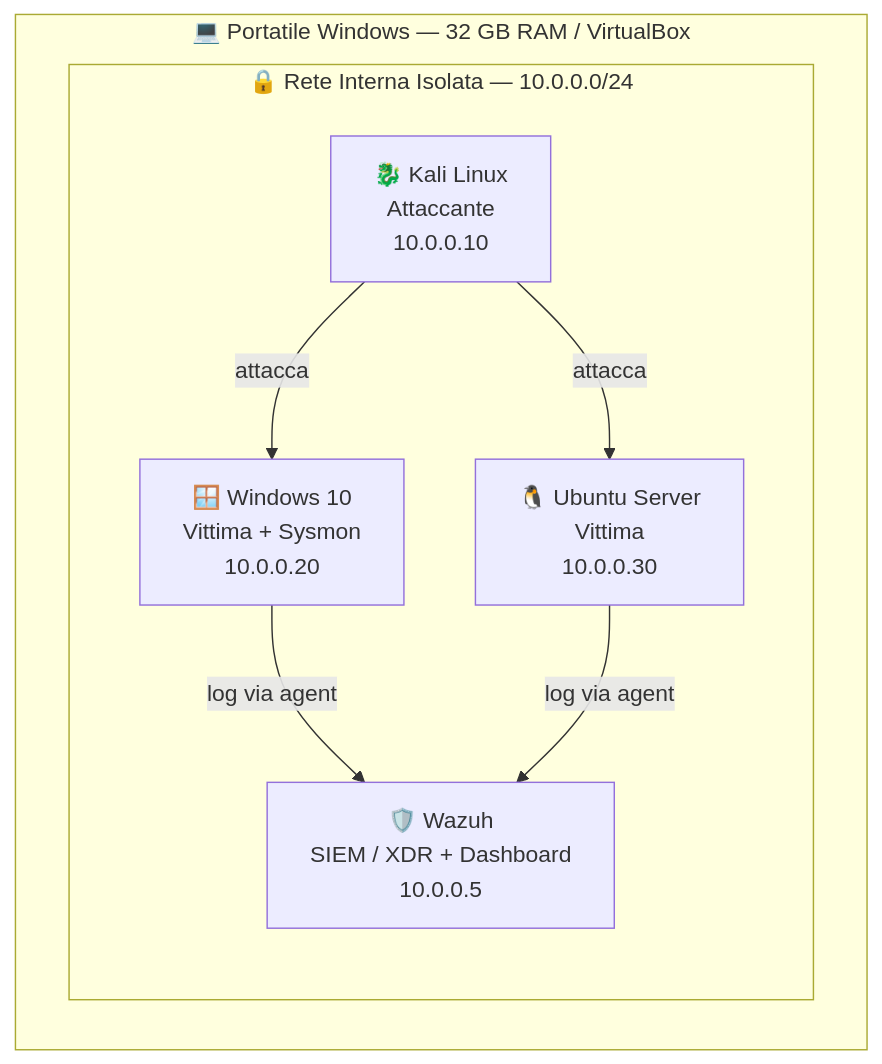
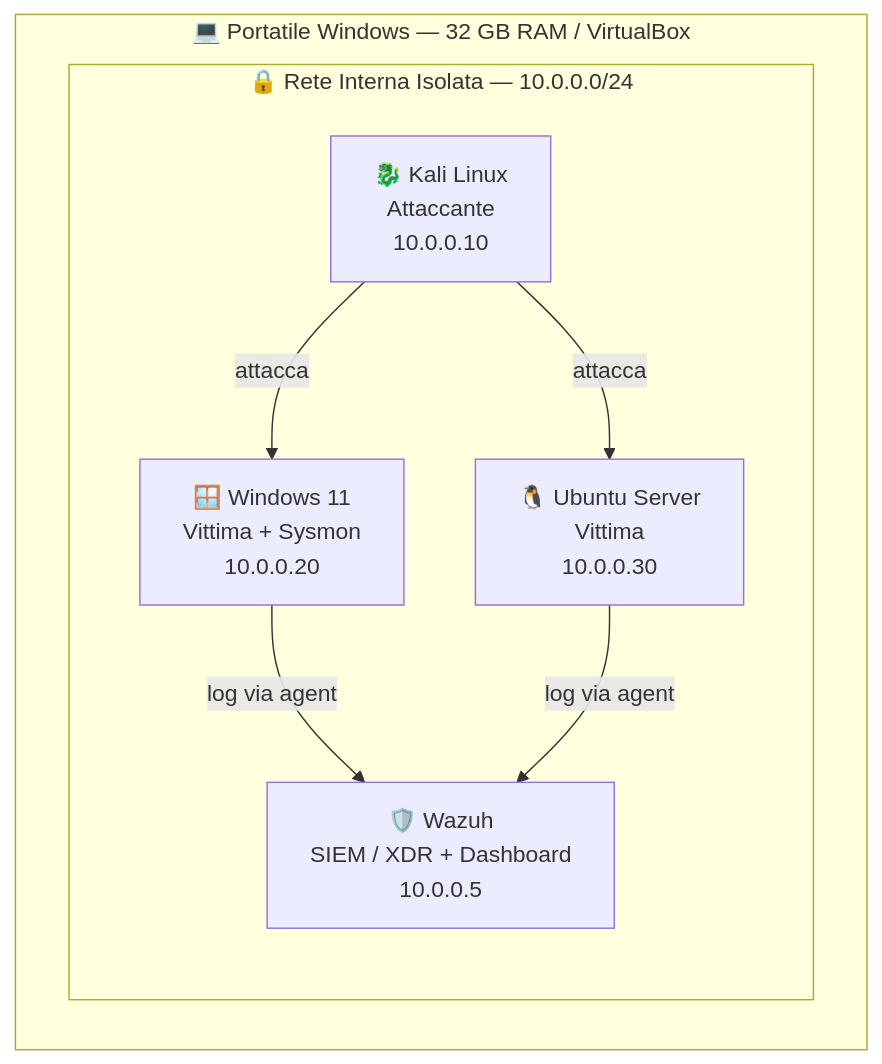
Before and after one commit to AlessioVisconti/Home-SOC-Lab: the second of 2 diagrams in README.md, drawn with Mermaid. The commit also changed other lines of this file, not shown here.

Commit message:
Windows 10 > Windows 11

````diff
--- a/README.md
+++ b/README.md
@@ -142,16 +142,16 @@
 ```mermaid
 graph TD
     subgraph HOST_IT["💻 Portatile Windows — 32 GB RAM / VirtualBox"]
         subgraph NET_IT["🔒 Rete Interna Isolata — 10.0.0.0/24"]
             KALI_IT["🐉 Kali Linux<br/>Attaccante<br/>10.0.0.10"]
-            WIN_IT["🪟 Windows 10<br/>Vittima + Sysmon<br/>10.0.0.20"]
+            WIN_IT["🪟 Windows 11<br/>Vittima + Sysmon<br/>10.0.0.20"]
             UBU_IT["🐧 Ubuntu Server<br/>Vittima<br/>10.0.0.30"]
             WAZUH_IT["🛡️ Wazuh<br/>SIEM / XDR + Dashboard<br/>10.0.0.5"]
         end
     end
  
     KALI_IT -->|attacca| WIN_IT
     KALI_IT -->|attacca| UBU_IT
     WIN_IT  -->|log via agent| WAZUH_IT
     UBU_IT  -->|log via agent| WAZUH_IT
 ```
````
